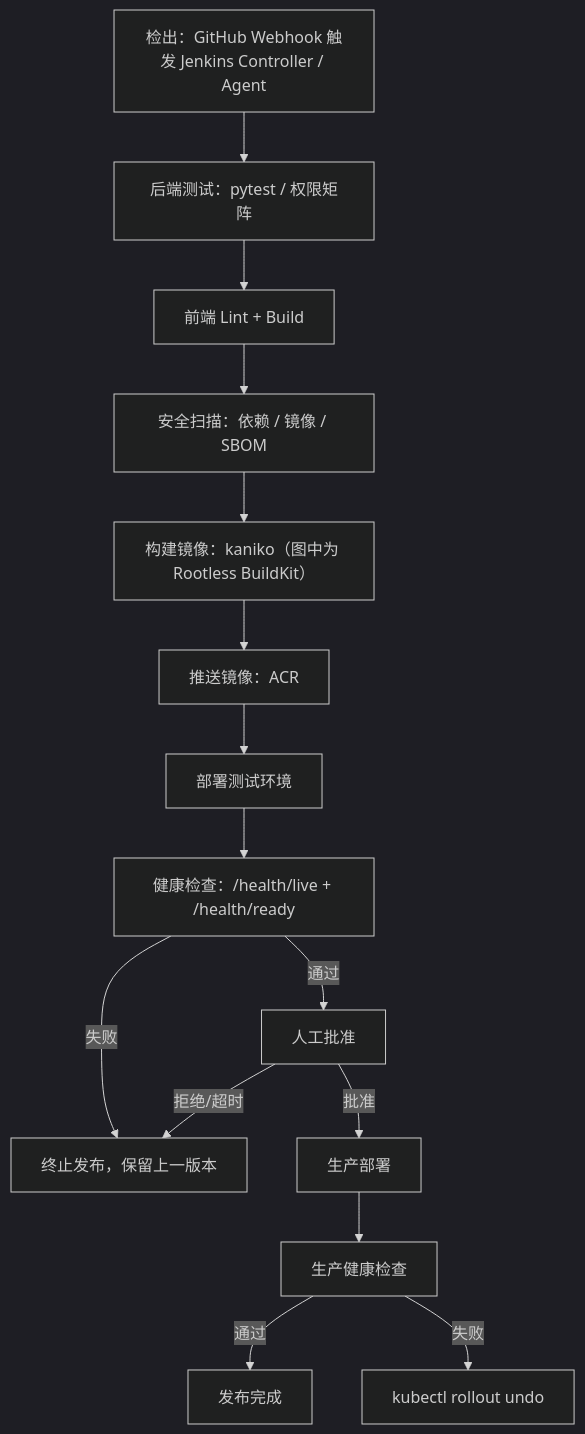
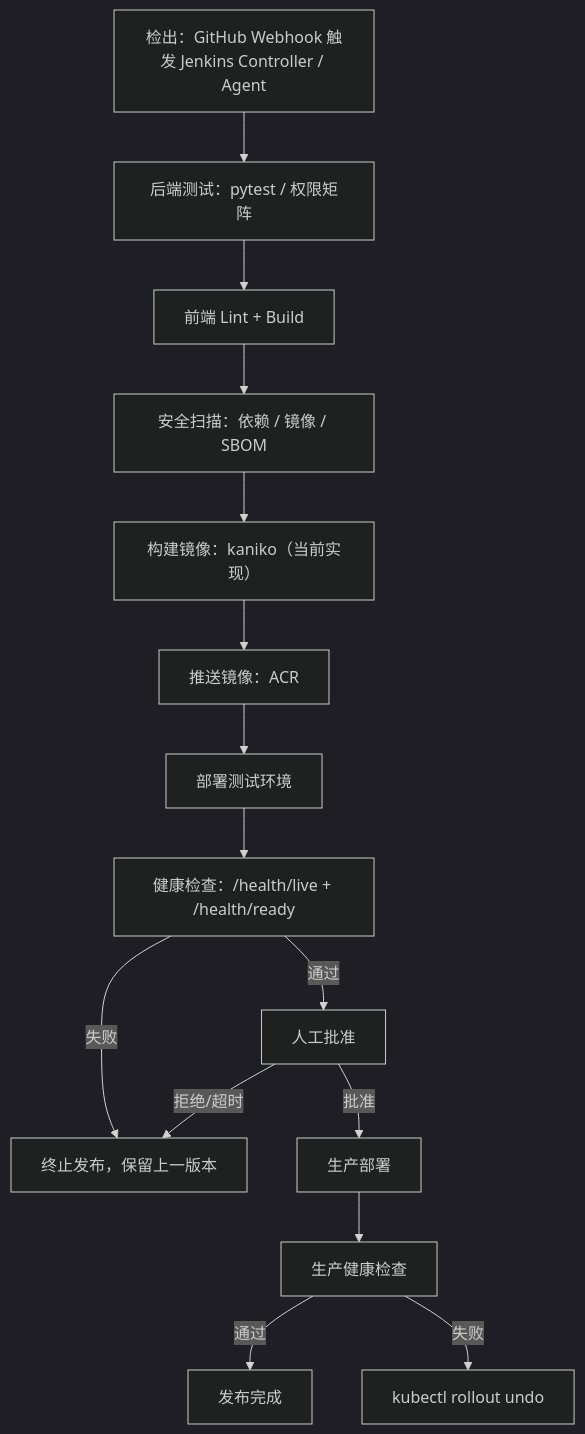
The fourth of 4 diagrams in docs/ARCHITECTURE.md (aggresgesn-wq/jenkins-cicd-k8s-containerd), drawn with Mermaid (dark theme) before and after one commit. The commit also changed other lines of this file and 26 other files, not shown here.

First line of the commit message:
docs(arch): rewrite architecture diagram, reorganize Jenkins screenshots and rename repo

````diff
--- a/docs/ARCHITECTURE.md
+++ b/docs/ARCHITECTURE.md
@@ -150,17 +150,17 @@
 ```mermaid
 flowchart TD
   A["检出：GitHub Webhook 触发 Jenkins Controller / Agent"] --> B["后端测试：pytest / 权限矩阵"]
   B --> C["前端 Lint + Build"]
   C --> D["安全扫描：依赖 / 镜像 / SBOM"]
-  D --> E["构建镜像：kaniko（图中为 Rootless BuildKit）"]
+  D --> E["构建镜像：kaniko（当前实现）"]
   E --> F["推送镜像：ACR"]
   F --> G["部署测试环境"]
   G --> H["健康检查：/health/live + /health/ready"]
   H -->|通过| I["人工批准"]
   H -->|失败| X["终止发布，保留上一版本"]
   I -->|批准| J["生产部署"]
   I -->|拒绝/超时| X
   J --> K["生产健康检查"]
   K -->|通过| L["发布完成"]
   K -->|失败| M["kubectl rollout undo"]
 ```
````
